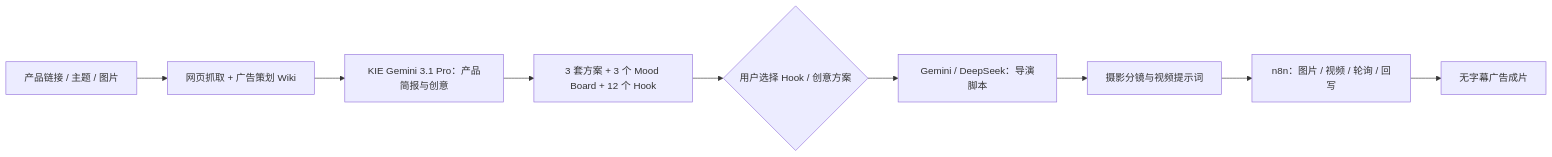
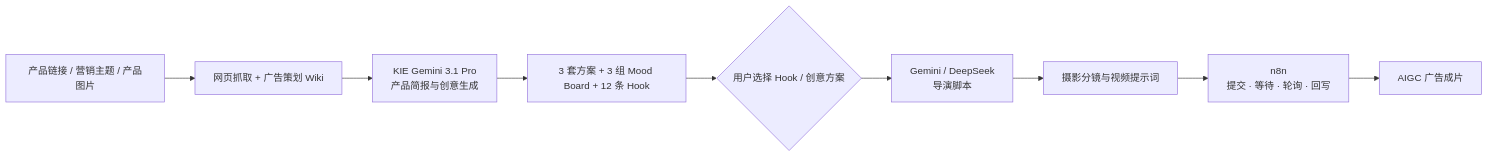
Before and after one commit to luoxiaohe0529-creator/ocean-glimmer-aigc: the diagram in docs/CASE_STUDY.md, drawn with Mermaid. The commit also changed other lines of this file, not shown here.

````diff
--- a/docs/CASE_STUDY.md
+++ b/docs/CASE_STUDY.md
@@ -13,11 +27,11 @@
 ```mermaid
 flowchart LR
-  A[产品链接 / 主题 / 图片] --> B[网页抓取 + 广告策划 Wiki]
-  B --> C[KIE Gemini 3.1 Pro：产品简报与创意]
-  C --> D[3 套方案 + 3 个 Mood Board + 12 个 Hook]
-  D --> E{用户选择 Hook / 创意方案}
-  E --> F[Gemini / DeepSeek：导演脚本]
-  F --> G[摄影分镜与视频提示词]
-  G --> H[n8n：图片 / 视频 / 轮询 / 回写]
-  H --> I[无字幕广告成片]
+  A["产品链接 / 营销主题 / 产品图片"] --> B["网页抓取 + 广告策划 Wiki"]
+  B --> C["KIE Gemini 3.1 Pro<br/>产品简报与创意生成"]
+  C --> D["3 套方案 + 3 组 Mood Board + 12 条 Hook"]
+  D --> E{"用户选择 Hook / 创意方案"}
+  E --> F["Gemini / DeepSeek<br/>导演脚本"]
+  F --> G["摄影分镜与视频提示词"]
+  G --> H["n8n<br/>提交 · 等待 · 轮询 · 回写"]
+  H --> I["AIGC 广告成片"]
 ```
````
